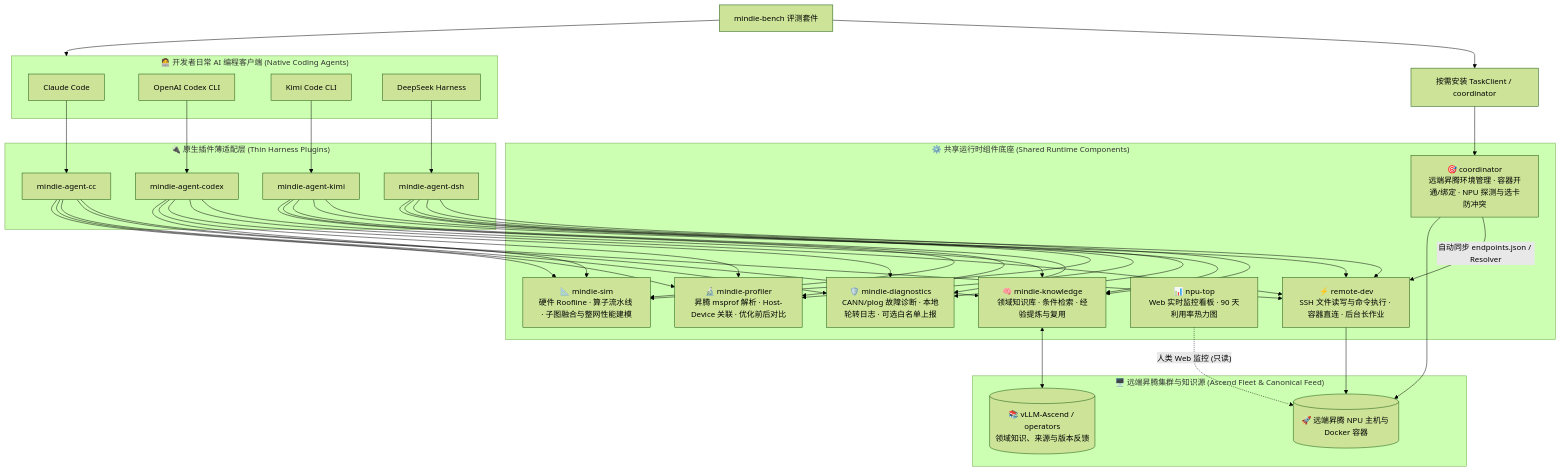
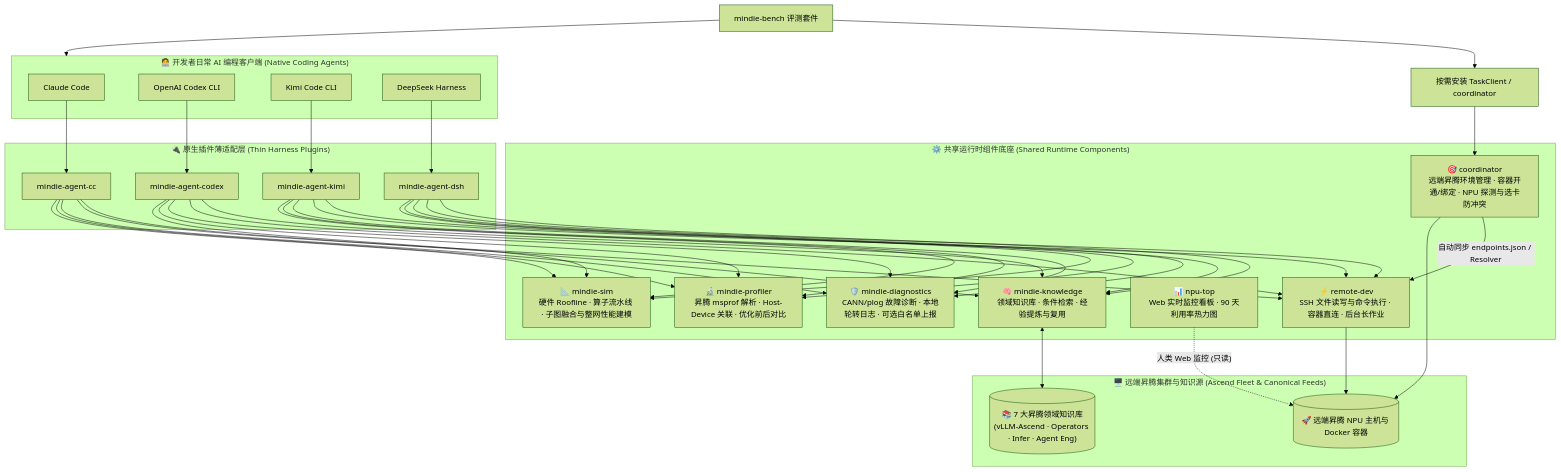
Before and after one commit to grandolantow/mindie-agent: the first of 2 diagrams in README.md, drawn with Mermaid (forest theme). The commit also changed other lines of this file and 1 other file, not shown here.

````diff
--- a/README.md
+++ b/README.md
@@ -175,44 +175,44 @@
 ```mermaid
 flowchart TB
   subgraph Clients["🧑‍💻 开发者日常 AI 编程客户端 (Native Coding Agents)"]
     CC["Claude Code"]
     Codex["OpenAI Codex CLI"]
     Kimi["Kimi Code CLI"]
     DSH["DeepSeek Harness"]
   end
 
   subgraph Adapters["🔌 原生插件薄适配层 (Thin Harness Plugins)"]
     P_CC["mindie-agent-cc"]
     P_Codex["mindie-agent-codex"]
     P_Kimi["mindie-agent-kimi"]
     P_DSH["mindie-agent-dsh"]
   end
 
   subgraph Core["⚙️ 共享运行时组件底座 (Shared Runtime Components)"]
     Knowledge["🧠 mindie-knowledge<br/>领域知识库 · 条件检索 · 经验提炼与复用"]
     Coord["🎯 coordinator<br/>远端昇腾环境管理 · 容器开通/绑定 · NPU 探测与选卡防冲突"]
     RemoteDev["⚡ remote-dev<br/>SSH 文件读写与命令执行 · 容器直连 · 后台长作业"]
     Profiler["🔬 mindie-profiler<br/>昇腾 msprof 解析 · Host-Device 关联 · 优化前后对比"]
     Sim["📐 mindie-sim<br/>硬件 Roofline · 算子流水线 · 子图融合与整网性能建模"]
     NpuTop["📊 npu-top<br/>Web 实时监控看板 · 90 天利用率热力图"]
     Diag["🛡️ mindie-diagnostics<br/>CANN/plog 故障诊断 · 本地轮转日志 · 可选白名单上报"]
   end
 
-  subgraph Remote["🖥️ 远端昇腾集群与知识源 (Ascend Fleet & Canonical Feed)"]
-    Feed[("📚 vLLM-Ascend / operators<br/>领域知识、来源与版本反馈")]
+  subgraph Remote["🖥️ 远端昇腾集群与知识源 (Ascend Fleet & Canonical Feeds)"]
+    Feed[("📚 7 大昇腾领域知识库<br/>(vLLM-Ascend · Operators · Infer · Agent Eng)")]
     Cluster[("🚀 远端昇腾 NPU 主机与 Docker 容器")]
   end
 
   CC --> P_CC
   Codex --> P_Codex
   Kimi --> P_Kimi
   DSH --> P_DSH
 
   P_CC & P_Codex & P_Kimi & P_DSH --> Knowledge & RemoteDev & Diag & Profiler & Sim
   Task["按需安装 TaskClient / coordinator"] --> Coord
   Bench["mindie-bench 评测套件"] --> Task & Clients
   Knowledge <--> Feed
   Coord -- "自动同步 endpoints.json / Resolver" --> RemoteDev
   Coord & RemoteDev --> Cluster
   NpuTop -. "人类 Web 监控 (只读)" .-> Cluster
 ```
````
